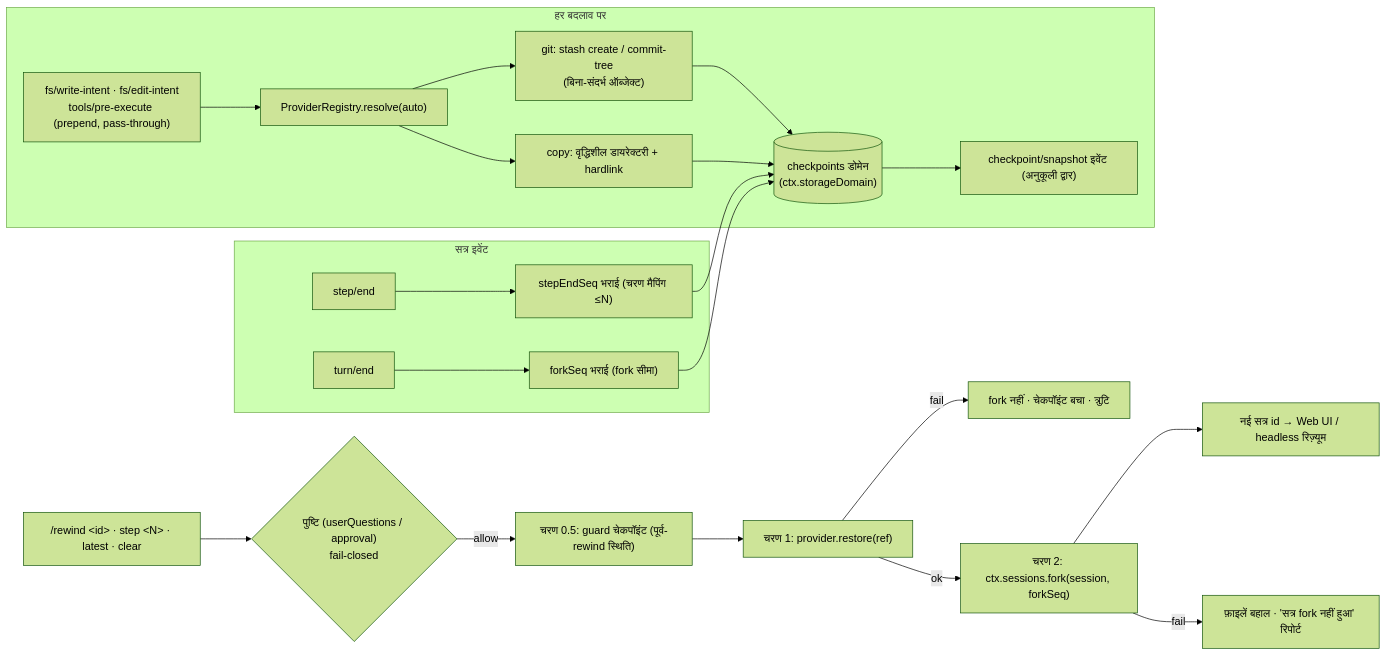
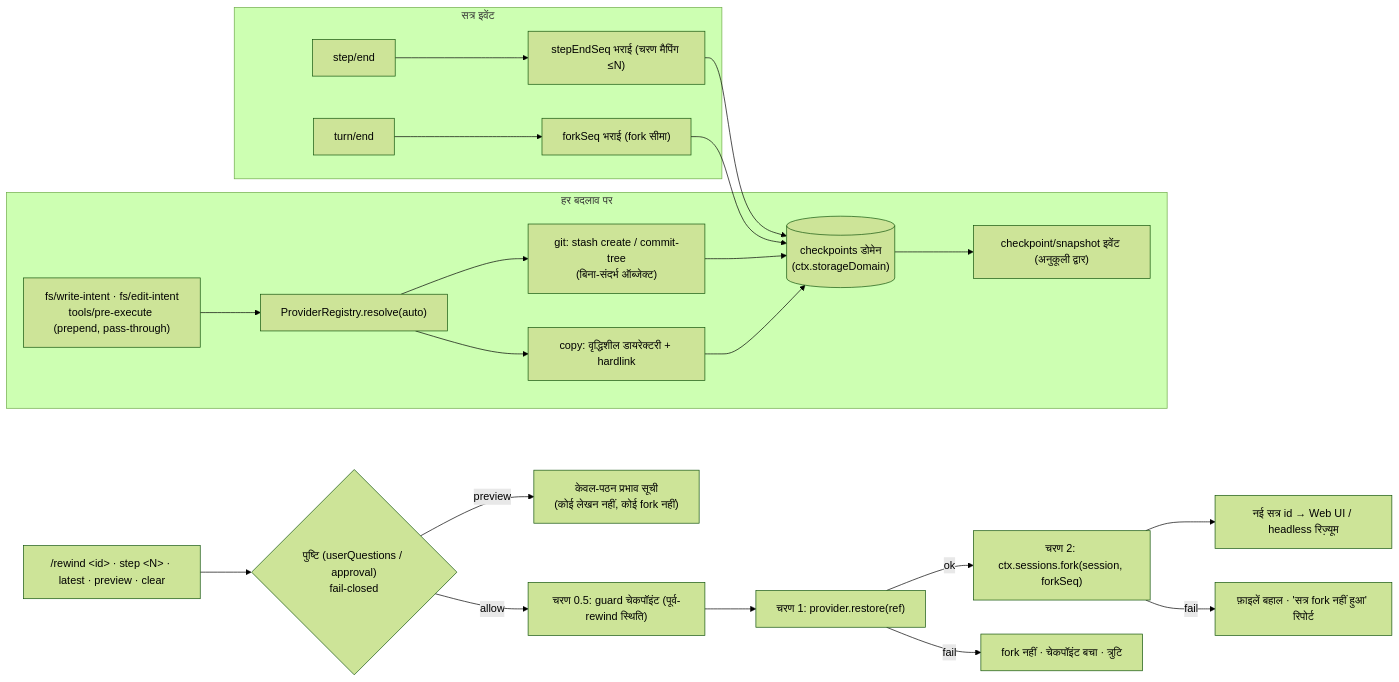
One commit to PerryLink/dsh-checkpoint-rewind changed the diagram in README.hi.md. Above: the diagram before and after it, drawn with Mermaid (forest theme). The commit also changed other lines of this file and 8 other files, not shown here.

Commit message:
docs: 0.4.0 —— 五语 README 同步（preview/glob/安全加固/演示与测试数 160）、ARCHITECTURE D14-D16、CHANGELOG 0.4.0 定版、SECURITY 资源面与不变量、AGENTS 布局图补 projection.mjs

````diff
--- a/README.hi.md
+++ b/README.hi.md
@@ -185,24 +205,25 @@
 ```mermaid
 flowchart LR
   subgraph capture["हर बदलाव पर"]
     A["fs/write-intent · fs/edit-intent<br/>tools/pre-execute (prepend, pass-through)"] --> B["ProviderRegistry.resolve(auto)"]
     B --> C["git: stash create / commit-tree<br/>(बिना-संदर्भ ऑब्जेक्ट)"]
     B --> D["copy: वृद्धिशील डायरेक्टरी + hardlink"]
     C --> E[("checkpoints डोमेन<br/>(ctx.storageDomain)")]
     D --> E
     E --> F["checkpoint/snapshot इवेंट (अनुकूली द्वार)"]
   end
   subgraph session["सत्र इवेंट"]
     G["step/end"] --> H["stepEndSeq भराई (चरण मैपिंग ≤N)"]
     I["turn/end"] --> J["forkSeq भराई (fork सीमा)"]
     H --> E
     J --> E
   end
-  K["/rewind &lt;id&gt; · step &lt;N&gt; · latest · clear"] --> L{"पुष्टि (userQuestions / approval)<br/>fail-closed"}
+  K["/rewind &lt;id&gt; · step &lt;N&gt; · latest · preview · clear"] --> L{"पुष्टि (userQuestions / approval)<br/>fail-closed"}
+  L -->|preview| KP["केवल-पठन प्रभाव सूची<br/>(कोई लेखन नहीं, कोई fork नहीं)"]
   L -->|allow| M["चरण 0.5: guard चेकपॉइंट (पूर्व-rewind स्थिति)"]
   M --> N["चरण 1: provider.restore(ref)"]
   N -->|ok| O["चरण 2: ctx.sessions.fork(session, forkSeq)"]
   O --> P["नई सत्र id → Web UI / headless रिज़्यूम"]
   N -->|fail| Q["fork नहीं · चेकपॉइंट बचा · त्रुटि"]
   O -->|fail| R["फ़ाइलें बहाल · 'सत्र fork नहीं हुआ' रिपोर्ट"]
 ```
````
